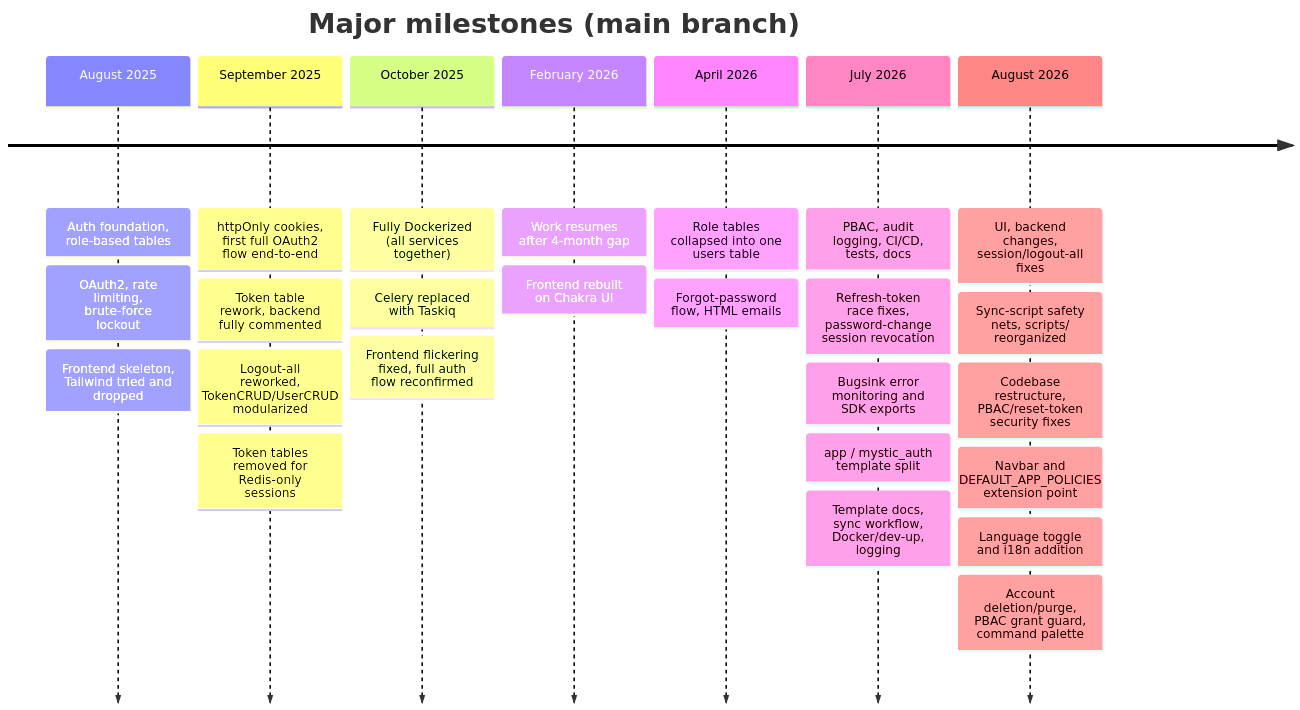
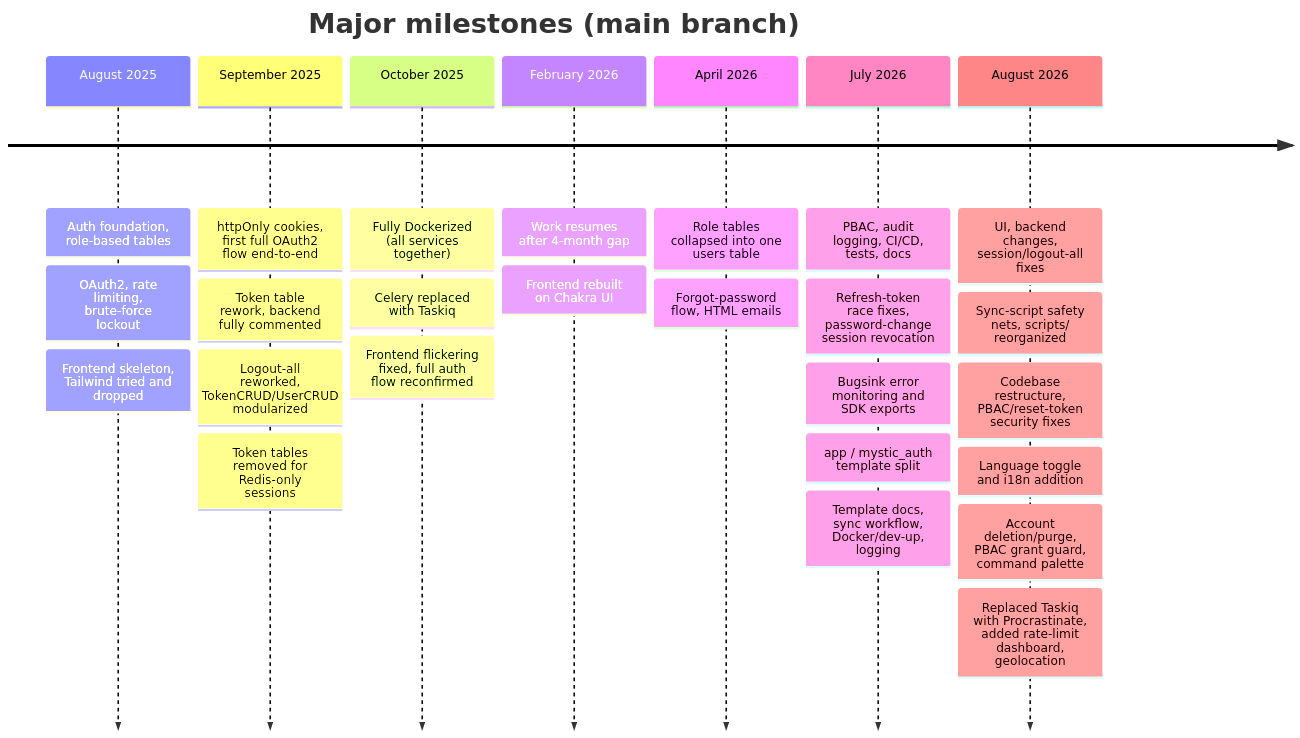
One commit to Nachiket-2024/mystic-auth changed the diagram in docs/mystic_auth/project-story/README.md. Above: the diagram before and after it, drawn with Mermaid. The commit also changed other lines of this file and 305 other files, not shown here.

Commit message:
Replaced Taskiq with Procrastinate, added session geolocation, rate-limit dashboard, enforced JWT iss/aud

````diff
--- a/docs/mystic_auth/project-story/README.md
+++ b/docs/mystic_auth/project-story/README.md
@@ -37,29 +37,29 @@
 ```mermaid
 timeline
     title Major milestones (main branch)
     August 2025: Auth foundation, role-based tables
             : OAuth2, rate limiting, brute-force lockout
             : Frontend skeleton, Tailwind tried and dropped
     September 2025: httpOnly cookies, first full OAuth2 flow end-to-end
             : Token table rework, backend fully commented
             : Logout-all reworked, TokenCRUD/UserCRUD modularized
             : Token tables removed for Redis-only sessions
     October 2025: Fully Dockerized (all services together)
             : Celery replaced with Taskiq
             : Frontend flickering fixed, full auth flow reconfirmed
     February 2026: Work resumes after 4-month gap
             : Frontend rebuilt on Chakra UI
     April 2026: Role tables collapsed into one users table
             : Forgot-password flow, HTML emails
     July 2026: PBAC, audit logging, CI/CD, tests, docs
             : Refresh-token race fixes, password-change session revocation
             : Bugsink error monitoring and SDK exports
             : app / mystic_auth template split
             : Template docs, sync workflow, Docker/dev-up, logging
     August 2026: UI, backend changes, session/logout-all fixes
             : Sync-script safety nets, scripts/ reorganized
             : Codebase restructure, PBAC/reset-token security fixes
-            : Navbar and DEFAULT_APP_POLICIES extension point
             : Language toggle and i18n addition
             : Account deletion/purge, PBAC grant guard, command palette
+            : Replaced Taskiq with Procrastinate, added rate-limit dashboard, geolocation
 ```
````
